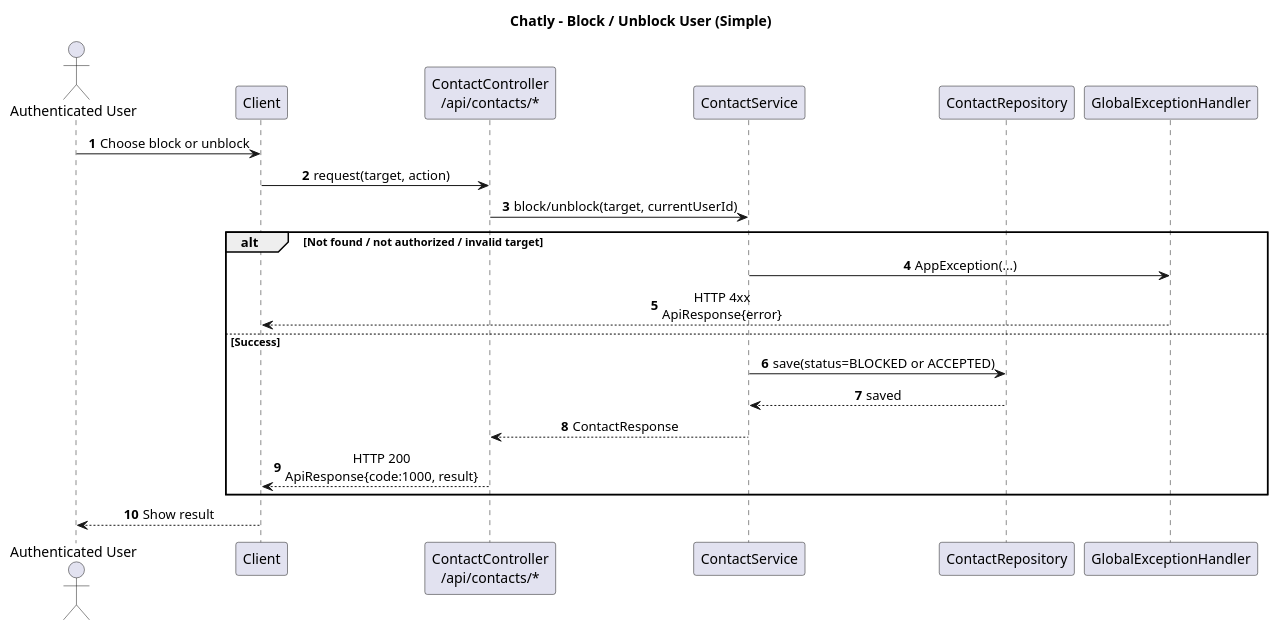
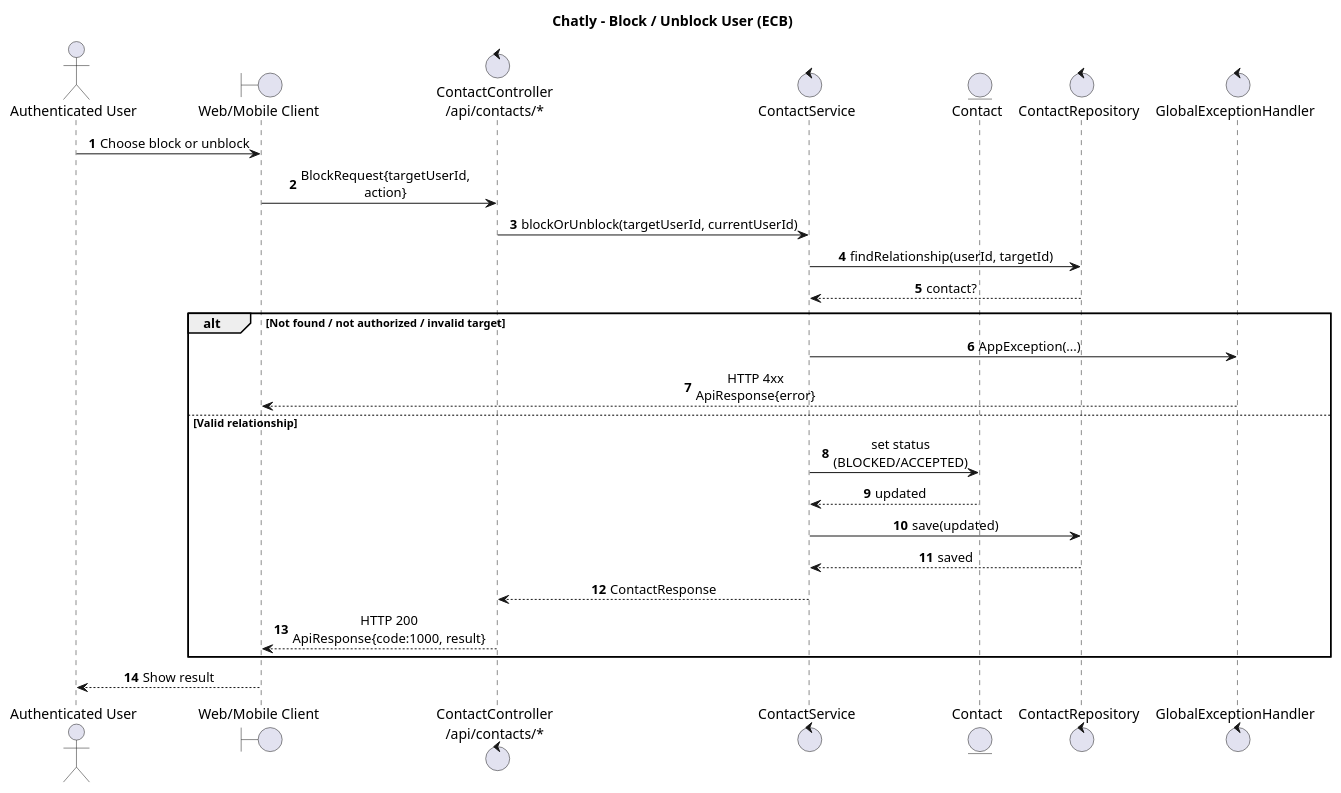
The diagram in _resources/diagram/Chatly_Sequence_Block_Unblock.puml (giasinguyen/chatly-messaging-platform), drawn with PlantUML before and after one commit. The commit also changed 13 other files, not shown here.

First line of the commit message:
Refactor sequence diagrams and update story privacy handling

```diff
--- a/_resources/diagram/Chatly_Sequence_Block_Unblock.puml
+++ b/_resources/diagram/Chatly_Sequence_Block_Unblock.puml
@@ -1,31 +1,37 @@
 @startuml Chatly_Sequence_Block_Unblock
-title Chatly - Block / Unblock User (Simple)
+title Chatly - Block / Unblock User (ECB)
 
 autonumber
 skinparam sequenceMessageAlign center
 skinparam responseMessageBelowArrow true
 
-actor "Authenticated User" as U
-participant "Client" as Client
-participant "ContactController\n/api/contacts/*" as ContactController
-participant "ContactService" as ContactService
-participant "ContactRepository" as ContactRepo
-participant "GlobalExceptionHandler" as ExceptionHandler
+actor "Authenticated User" as User
+boundary "Web/Mobile Client" as Client
+control "ContactController\n/api/contacts/*" as ContactController
+control "ContactService" as ContactService
+entity "Contact" as ContactEntity
+control "ContactRepository" as ContactRepo
+control "GlobalExceptionHandler" as ExceptionHandler
 
-U -> Client: Choose block or unblock
-Client -> ContactController: request(target, action)
-ContactController -> ContactService: block/unblock(target, currentUserId)
+User -> Client: Choose block or unblock
+Client -> ContactController: BlockRequest{targetUserId,\naction}
+ContactController -> ContactService: blockOrUnblock(targetUserId, currentUserId)
+
+ContactService -> ContactRepo: findRelationship(userId, targetId)
+ContactRepo --> ContactService: contact?
 
 alt Not found / not authorized / invalid target
   ContactService -> ExceptionHandler: AppException(...)
   ExceptionHandler --> Client: HTTP 4xx\nApiResponse{error}
-else Success
-  ContactService -> ContactRepo: save(status=BLOCKED or ACCEPTED)
+else Valid relationship
+  ContactService -> ContactEntity: set status\n(BLOCKED/ACCEPTED)
+  ContactEntity --> ContactService: updated
+  ContactService -> ContactRepo: save(updated)
   ContactRepo --> ContactService: saved
   ContactService --> ContactController: ContactResponse
   ContactController --> Client: HTTP 200\nApiResponse{code:1000, result}
 end
 
-Client --> U: Show result
+Client --> User: Show result
 
 @enduml
```
